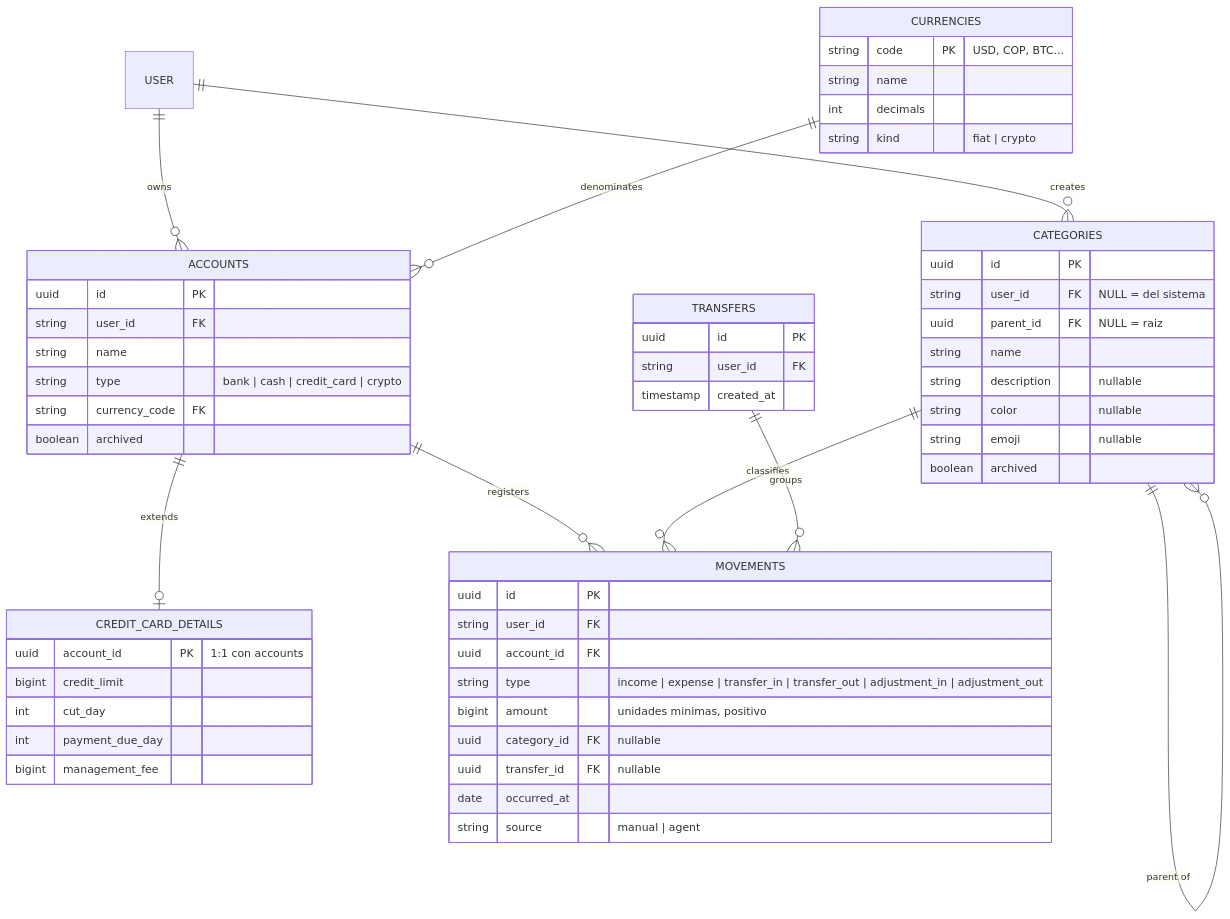
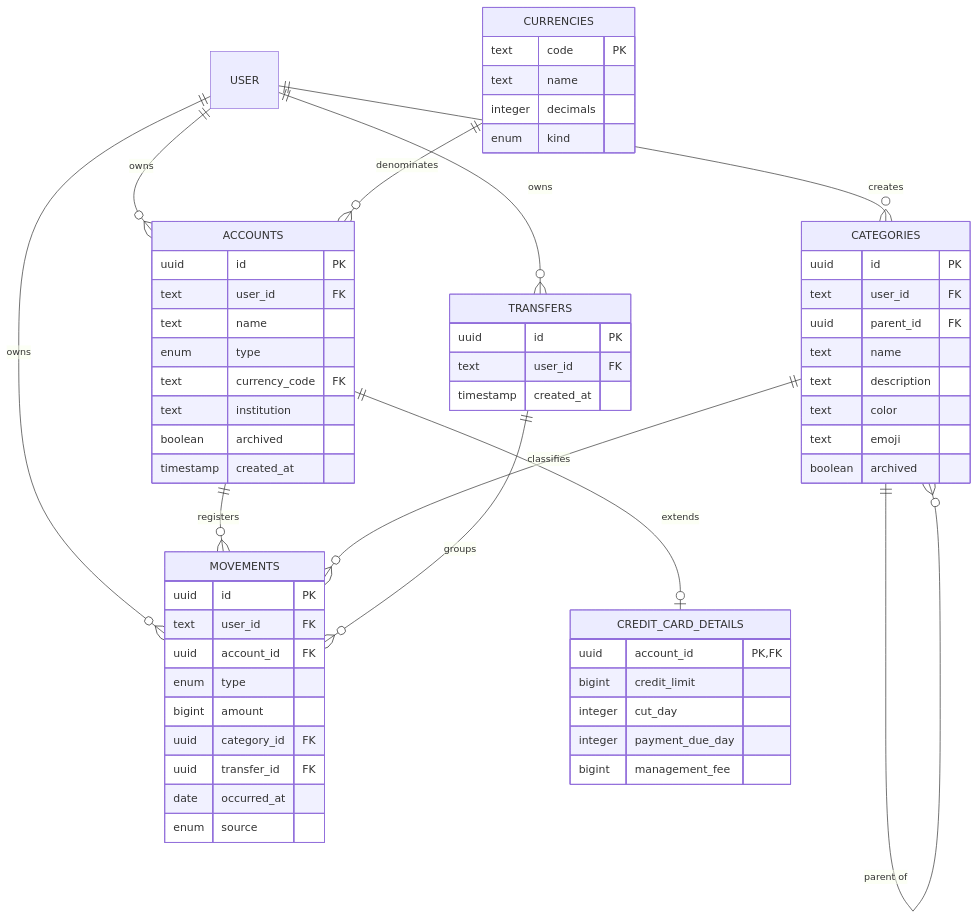
One commit to esrichardd/bot-finanzas changed the diagram in docs/DATABASE.md. Above: the diagram before and after it, drawn with Mermaid. The commit also changed other lines of this file and 43 other files, not shown here.

Commit message:
docs: reorganize architecture and operations documentation

````diff
--- a/docs/DATABASE.md
+++ b/docs/DATABASE.md
@@ -74,58 +104,63 @@
 ```mermaid
 erDiagram
   USER ||--o{ ACCOUNTS : owns
   USER ||--o{ CATEGORIES : creates
+  USER ||--o{ MOVEMENTS : owns
+  USER ||--o{ TRANSFERS : owns
   CURRENCIES ||--o{ ACCOUNTS : denominates
   ACCOUNTS ||--o| CREDIT_CARD_DETAILS : extends
   ACCOUNTS ||--o{ MOVEMENTS : registers
   CATEGORIES ||--o{ MOVEMENTS : classifies
   CATEGORIES ||--o{ CATEGORIES : "parent of"
   TRANSFERS ||--o{ MOVEMENTS : groups
+
   CURRENCIES {
-    string code PK "USD, COP, BTC..."
-    string name
-    int decimals
-    string kind "fiat | crypto"
+    text code PK
+    text name
+    integer decimals
+    enum kind
   }
   ACCOUNTS {
     uuid id PK
-    string user_id FK
-    string name
-    string type "bank | cash | credit_card | crypto"
-    string currency_code FK
+    text user_id FK
+    text name
+    enum type
+    text currency_code FK
+    text institution
     boolean archived
+    timestamp created_at
   }
   CREDIT_CARD_DETAILS {
-    uuid account_id PK "1:1 con accounts"
+    uuid account_id PK,FK
     bigint credit_limit
-    int cut_day
-    int payment_due_day
+    integer cut_day
+    integer payment_due_day
     bigint management_fee
   }
   CATEGORIES {
     uuid id PK
-    string user_id FK "NULL = del sistema"
-    uuid parent_id FK "NULL = raiz"
-    string name
-    string description "nullable"
-    string color "nullable"
-    string emoji "nullable"
+    text user_id FK
+    uuid parent_id FK
+    text name
+    text description
+    text color
+    text emoji
     boolean archived
   }
   MOVEMENTS {
     uuid id PK
-    string user_id FK
+    text user_id FK
     uuid account_id FK
-    string type "income | expense | transfer_in | transfer_out | adjustment_in | adjustment_out"
-    bigint amount "unidades minimas, positivo"
-    uuid category_id FK "nullable"
-    uuid transfer_id FK "nullable"
+    enum type
+    bigint amount
+    uuid category_id FK
+    uuid transfer_id FK
     date occurred_at
-    string source "manual | agent"
+    enum source
   }
   TRANSFERS {
     uuid id PK
-    string user_id FK
+    text user_id FK
     timestamp created_at
   }
 ```
````
